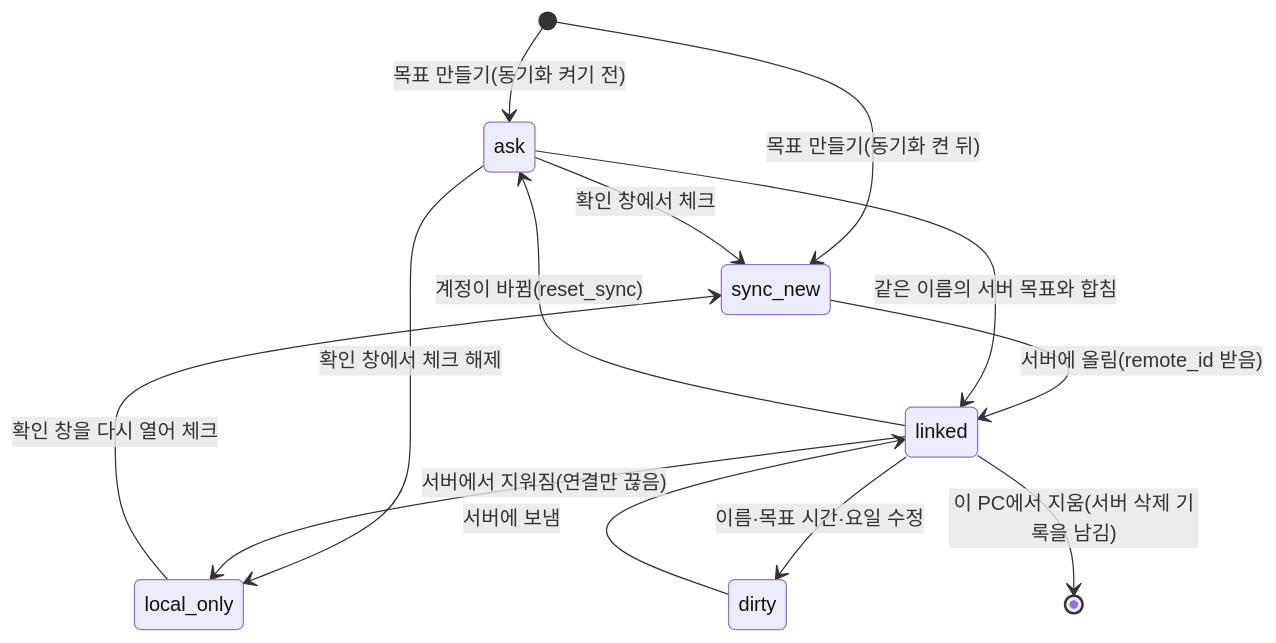
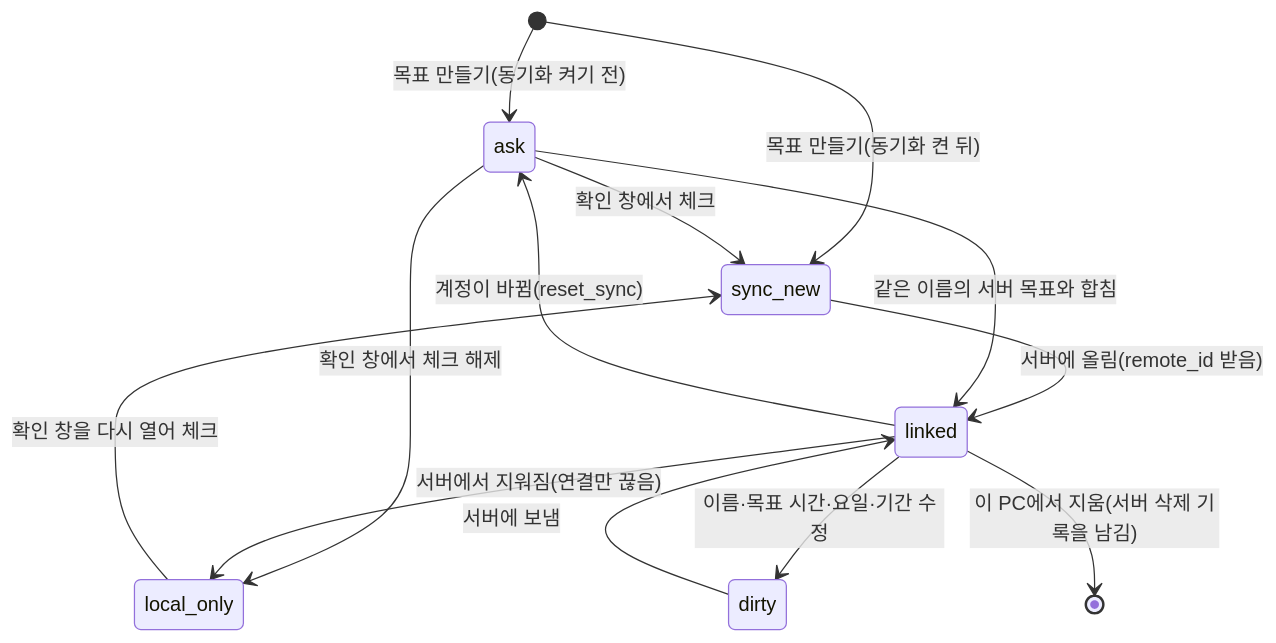
The second of 6 diagrams in docs/sync-client.md (FlashingFuture/whatever-log), drawn with Mermaid before and after one commit. The commit also changed other lines of this file and 32 other files, not shown here.

````diff
--- a/docs/sync-client.md
+++ b/docs/sync-client.md
@@ -78,15 +78,15 @@
 ```mermaid
 stateDiagram-v2
   [*] --> ask: 목표 만들기(동기화 켜기 전)
   [*] --> sync_new: 목표 만들기(동기화 켠 뒤)
   ask --> sync_new: 확인 창에서 체크
   ask --> local_only: 확인 창에서 체크 해제
   local_only --> sync_new: 확인 창을 다시 열어 체크
   sync_new --> linked: 서버에 올림(remote_id 받음)
   ask --> linked: 같은 이름의 서버 목표와 합침
-  linked --> dirty: 이름·목표 시간·요일 수정
+  linked --> dirty: 이름·목표 시간·요일·기간 수정
   dirty --> linked: 서버에 보냄
   linked --> local_only: 서버에서 지워짐(연결만 끊음)
   linked --> [*]: 이 PC에서 지움(서버 삭제 기록을 남김)
   linked --> ask: 계정이 바뀜(reset_sync)
 ```
````
